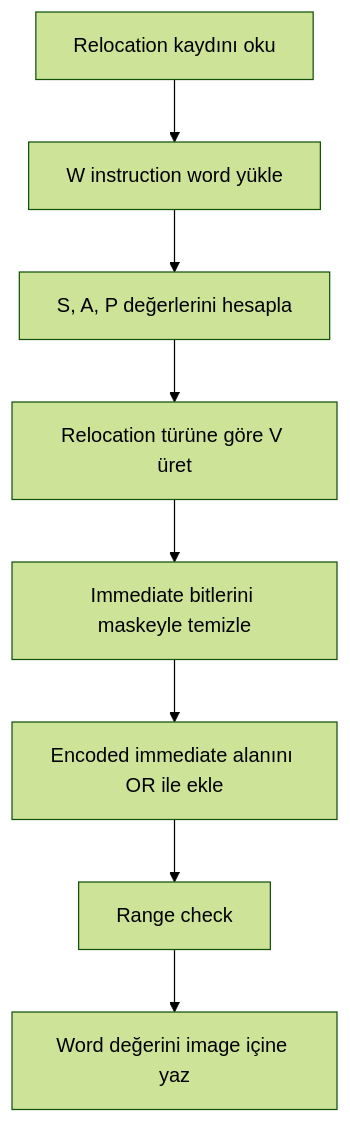
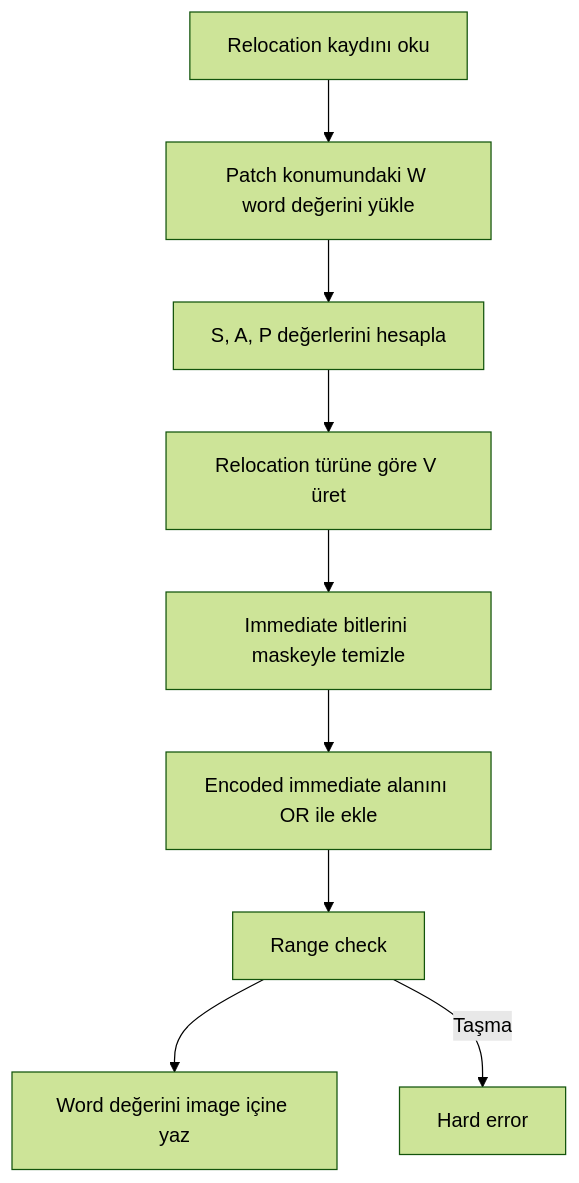
The sixth of 7 diagrams in docs/proje-raporu.md (kaankarakoc42/riscv-assembler-go), drawn with Mermaid (forest theme) before and after one commit. The commit also changed other lines of this file and 14 other files, not shown here.

````diff
--- a/docs/proje-raporu.md
+++ b/docs/proje-raporu.md
@@ -176,10 +155,11 @@
 ```mermaid
 flowchart TB
-    A["Relocation kaydını oku"] --> B["W instruction word yükle"]
+    A["Relocation kaydını oku"] --> B["Patch konumundaki W word değerini yükle"]
     B --> C["S, A, P değerlerini hesapla"]
     C --> D["Relocation türüne göre V üret"]
     D --> E["Immediate bitlerini maskeyle temizle"]
     E --> F["Encoded immediate alanını OR ile ekle"]
     F --> G["Range check"]
     G --> H["Word değerini image içine yaz"]
+    G -->|Taşma| X["Hard error"]
 ```
````
